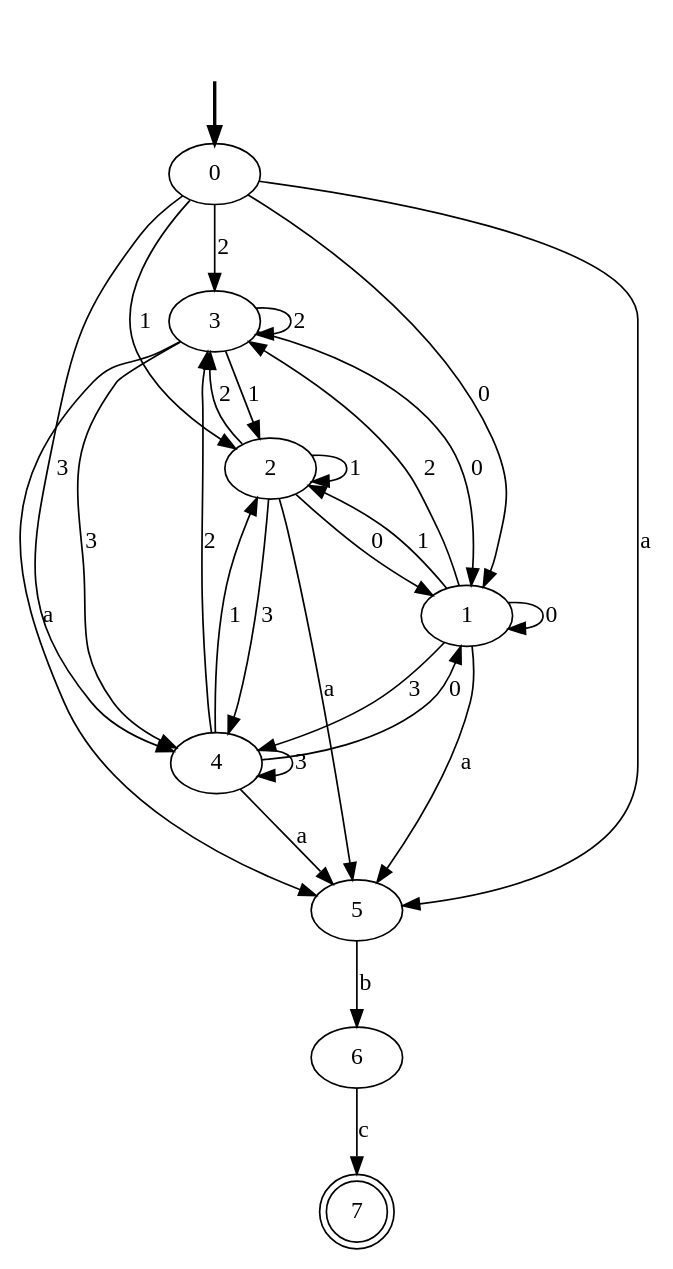
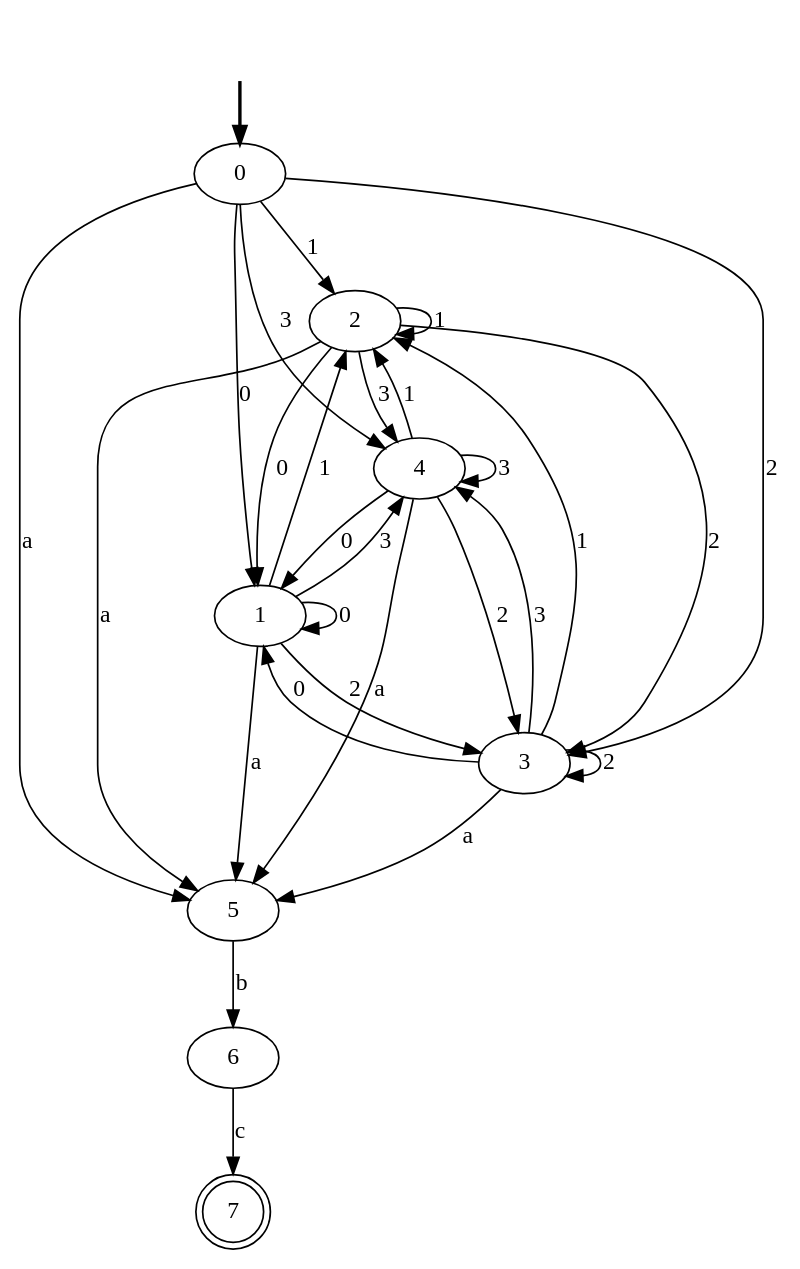
Before and after one commit to maupeon/Compiladores: the diagram in Tarea 1/output_DFA.dot, drawn with Graphviz. The commit also changed other lines of this file and 5 other files, not shown here.

```diff
--- a/Tarea 1/output_DFA.dot
+++ b/Tarea 1/output_DFA.dot
@@ -1,39 +1,39 @@
 digraph {
 	fake [style=invisible]
+	0 [root=true]
+	6
+	2
+	4
 	3
-	2
-	6
+	5
+	7 [shape=doublecircle]
 	1
-	7 [shape=doublecircle]
-	0 [root=true]
-	4
-	5
 	fake -> 0 [style=bold]
 	0 -> 1 [label=0]
 	0 -> 2 [label=1]
 	0 -> 3 [label=2]
 	0 -> 4 [label=3]
 	0 -> 5 [label=a]
 	1 -> 1 [label=0]
 	1 -> 2 [label=1]
 	1 -> 3 [label=2]
 	1 -> 4 [label=3]
 	1 -> 5 [label=a]
 	2 -> 1 [label=0]
 	2 -> 2 [label=1]
 	2 -> 3 [label=2]
 	2 -> 4 [label=3]
 	2 -> 5 [label=a]
 	3 -> 1 [label=0]
 	3 -> 2 [label=1]
 	3 -> 3 [label=2]
 	3 -> 4 [label=3]
 	3 -> 5 [label=a]
 	4 -> 1 [label=0]
 	4 -> 2 [label=1]
 	4 -> 3 [label=2]
 	4 -> 4 [label=3]
 	4 -> 5 [label=a]
 	5 -> 6 [label=b]
 	6 -> 7 [label=c]
 }
```
